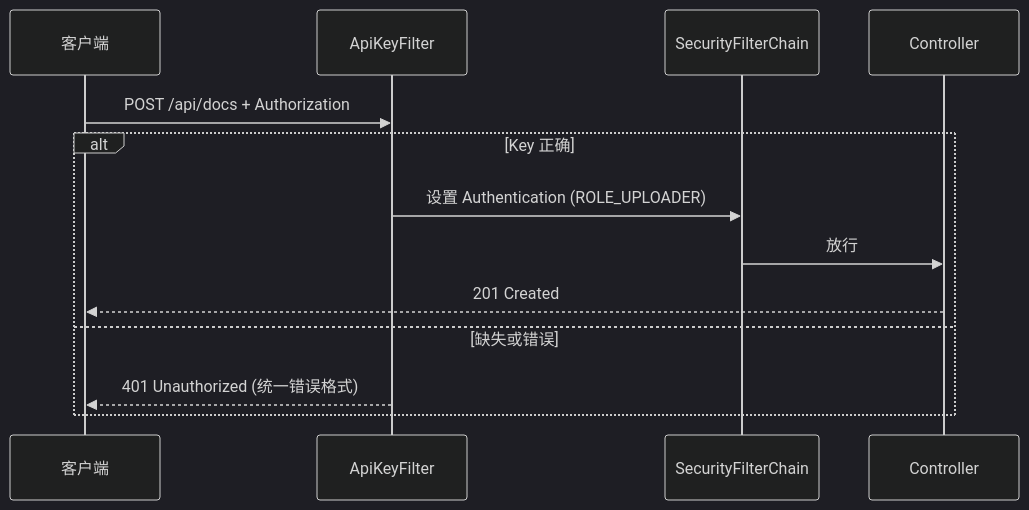
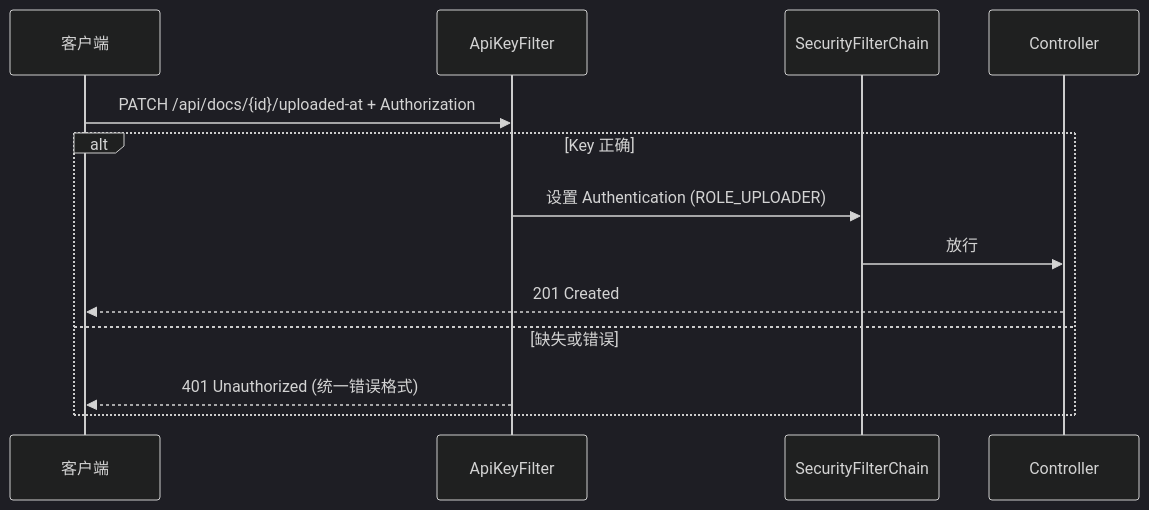
The second of 2 diagrams in docs/DESIGN.md (sunburst233/dailymark), drawn with Mermaid (dark theme) before and after one commit. The commit also changed other lines of this file and 15 other files, not shown here.

Commit message:
feat(api): add uploadedAt update endpoints

````diff
--- a/docs/DESIGN.md
+++ b/docs/DESIGN.md
@@ -219,15 +228,15 @@
 ```mermaid
 sequenceDiagram
     participant C as 客户端
     participant F as ApiKeyFilter
     participant S as SecurityFilterChain
     participant A as Controller
-    C->>F: POST /api/docs + Authorization
+    C->>F: PATCH /api/docs/{id}/uploaded-at + Authorization
     alt Key 正确
         F->>S: 设置 Authentication (ROLE_UPLOADER)
         S->>A: 放行
         A-->>C: 201 Created
     else 缺失或错误
         F-->>C: 401 Unauthorized (统一错误格式)
     end
 ```
````
